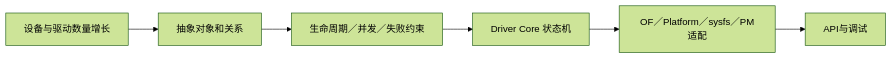
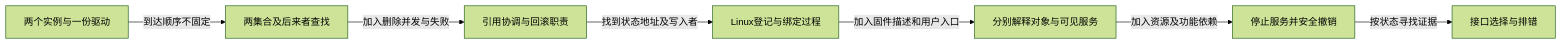
Before and after one commit to FormingSystem/linux_note: the diagram in knowledge/linux/device_model/大纲.md, drawn with Mermaid (forest theme). The commit also changed other lines of this file and 5 other files, not shown here.

````diff
--- a/knowledge/linux/device_model/大纲.md
+++ b/knowledge/linux/device_model/大纲.md
@@ -14,8 +16,9 @@
 ```mermaid
 flowchart LR
-    A[设备与驱动数量增长] --> B[抽象对象和关系]
-    B --> C[生命周期／并发／失败约束]
-    C --> D[Driver Core 状态机]
-    D --> E[OF／Platform／sysfs／PM适配]
-    E --> F[API与调试]
+    A[两个实例与一份驱动] -->|到达顺序不固定| B[两集合及后来者查找]
+    B -->|加入删除并发与失败| C[引用协调与回滚职责]
+    C -->|找到状态地址及写入者| D[Linux登记与绑定过程]
+    D -->|加入固件描述和用户入口| E[分别解释对象与可见服务]
+    E -->|加入资源及功能依赖| F[停止服务并安全撤销]
+    F -->|按状态寻找证据| G[接口选择与排错]
 ```
````
